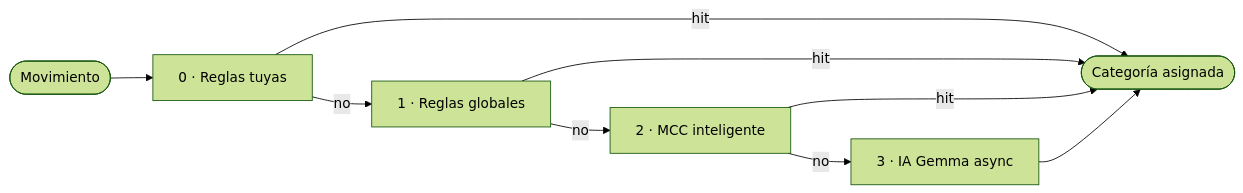
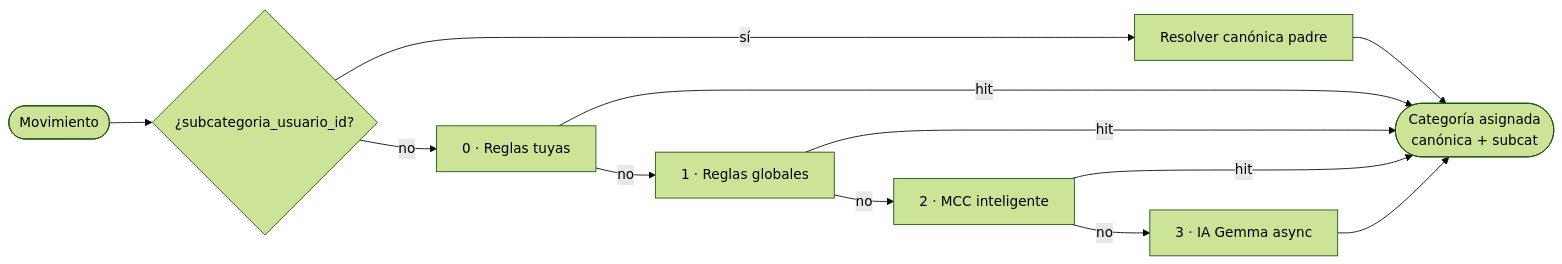
Before and after one commit to anegri93/tagger: the first of 4 diagrams in README.md, drawn with Mermaid (forest theme). The commit also changed other lines of this file and 2 other files, not shown here.

````diff
--- a/README.md
+++ b/README.md
@@ -73,11 +73,14 @@
 ```mermaid
 flowchart LR
-    IN([Movimiento]) --> C0[0 · Reglas tuyas]
-    C0 -->|hit| OK([Categoría asignada])
+    IN([Movimiento]) --> SUB{¿subcategoria_usuario_id?}
+    SUB -->|sí| RES[Resolver canónica padre]
+    RES --> OK([Categoría asignada<br/>canónica + subcat])
+    SUB -->|no| C0[0 · Reglas tuyas]
+    C0 -->|hit| OK
     C0 -->|no| C1[1 · Reglas globales]
     C1 -->|hit| OK
     C1 -->|no| C2[2 · MCC inteligente]
     C2 -->|hit| OK
     C2 -->|no| C3[3 · IA Gemma async]
     C3 --> OK
 ```
````
